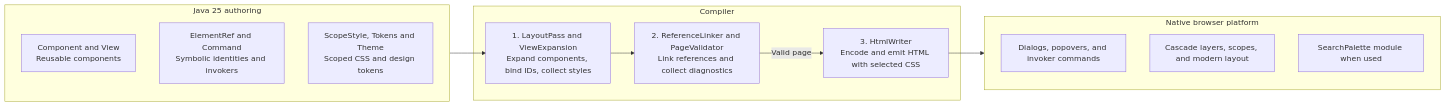
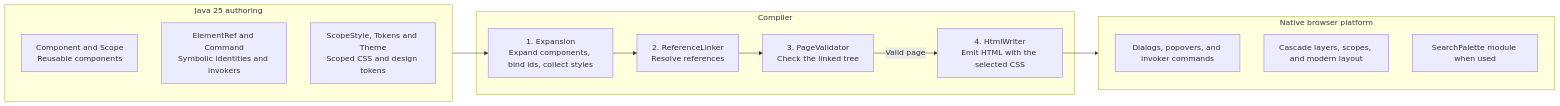
The first of 2 diagrams in README.md (thiagogcm/tessera), drawn with Mermaid before and after one commit. The commit also changed other lines of this file and 136 other files, not shown here.

````diff
--- a/README.md
+++ b/README.md
@@ -17,24 +17,25 @@
 ```mermaid
 flowchart LR
     subgraph Authoring["Java 25 authoring"]
-        Components["Component and View<br/>Reusable components"]
+        Components["Component and Scope<br/>Reusable components"]
         References["ElementRef and Command<br/>Symbolic identities and invokers"]
         Styles["ScopeStyle, Tokens and Theme<br/>Scoped CSS and design tokens"]
     end
 
     subgraph Compiler["Compiler"]
-        Layout["1. LayoutPass and ViewExpansion<br/>Expand components, bind IDs, collect styles"]
-        Prepaint["2. ReferenceLinker and PageValidator<br/>Link references and collect diagnostics"]
-        Paint["3. HtmlWriter<br/>Encode and emit HTML with selected CSS"]
-        Layout --> Prepaint -->|Valid page| Paint
+        Expand["1. Expansion<br/>Expand components, bind ids, collect styles"]
+        Link["2. ReferenceLinker<br/>Resolve references"]
+        Validate["3. PageValidator<br/>Check the linked tree"]
+        Emit["4. HtmlWriter<br/>Emit HTML with the selected CSS"]
+        Expand --> Link --> Validate -->|Valid page| Emit
     end
 
     subgraph Browser["Native browser platform"]
         Controls["Dialogs, popovers, and invoker commands"]
         CSS["Cascade layers, scopes, and modern layout"]
         Search["SearchPalette module when used"]
     end
 
-    Authoring --> Layout
-    Paint --> Browser
+    Authoring --> Expand
+    Emit --> Browser
 ```
````
